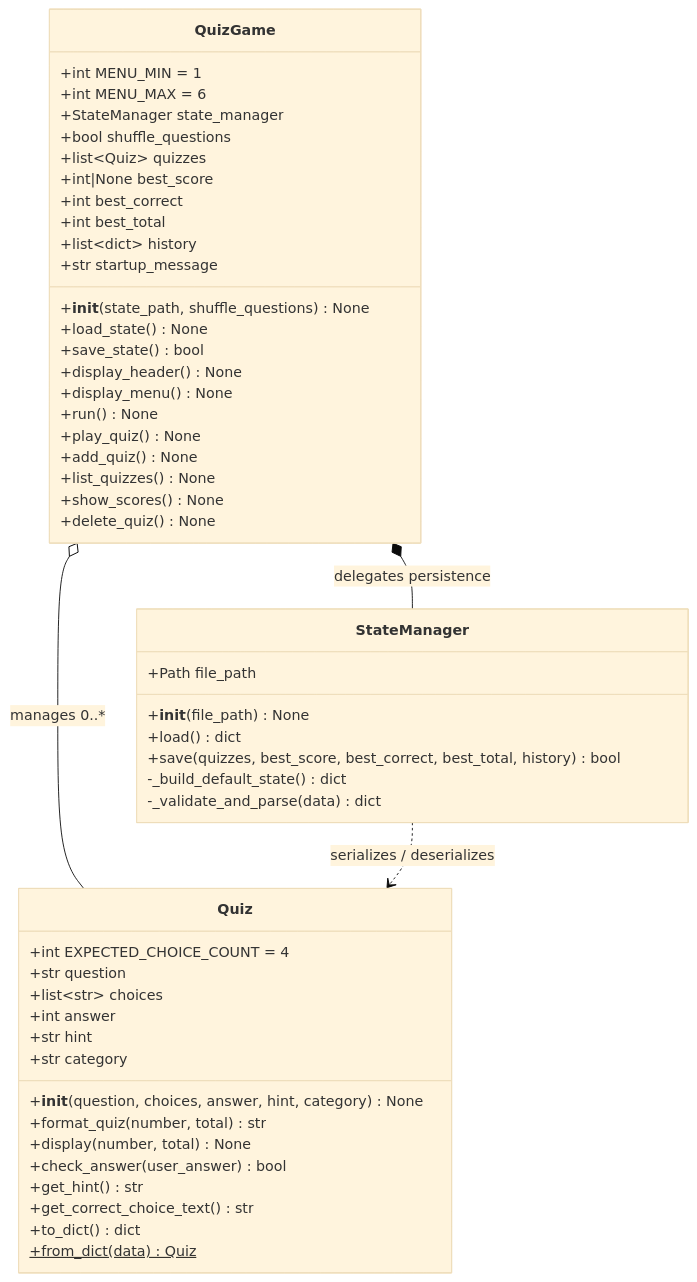
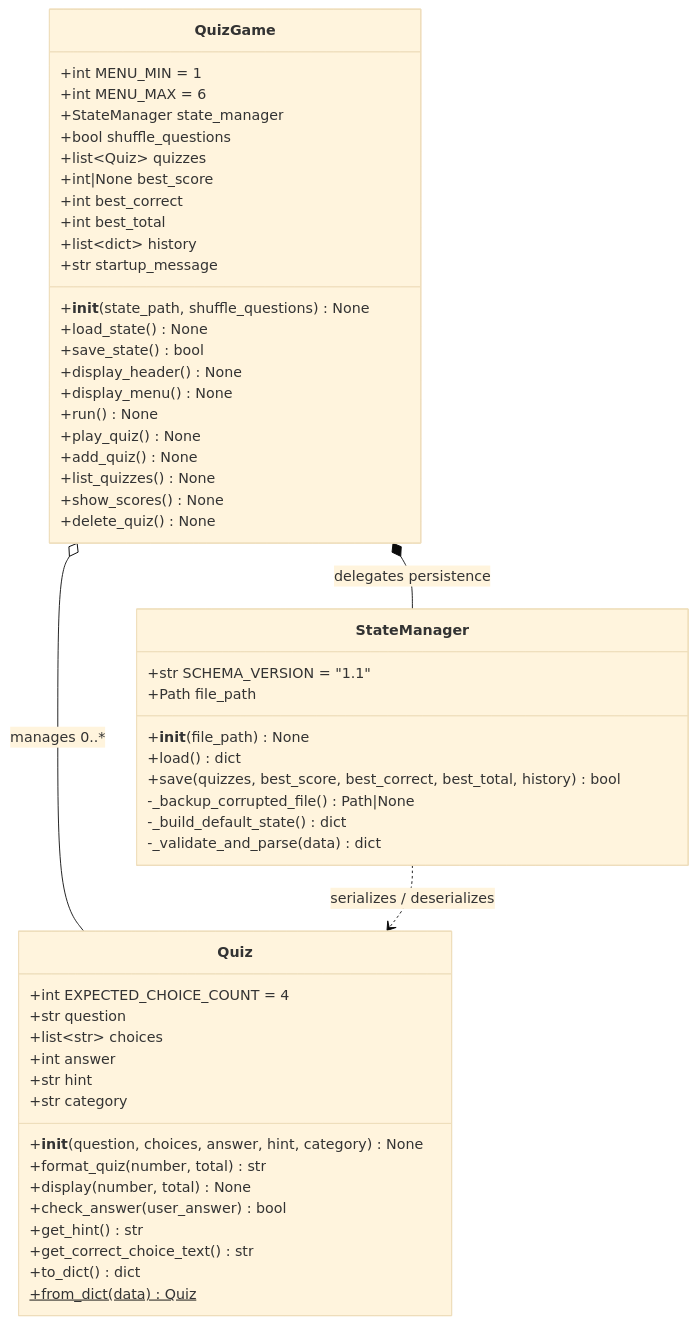
One commit to fox9star/codyssey-mission2 changed the diagram in README.md. Above: the diagram before and after it, drawn with Mermaid (base theme). The commit also changed other lines of this file and 6 other files, not shown here.

````diff
--- a/README.md
+++ b/README.md
@@ -173,56 +180,58 @@
 ```mermaid
 classDiagram
     class Quiz {
         +int EXPECTED_CHOICE_COUNT = 4
         +str question
         +list~str~ choices
         +int answer
         +str hint
         +str category
         +__init__(question, choices, answer, hint, category) None
         +format_quiz(number, total) str
         +display(number, total) None
         +check_answer(user_answer) bool
         +get_hint() str
         +get_correct_choice_text() str
         +to_dict() dict
         +from_dict(data)$ Quiz
     }
 
     class StateManager {
+        +str SCHEMA_VERSION = "1.1"
         +Path file_path
         +__init__(file_path) None
         +load() dict
         +save(quizzes, best_score, best_correct, best_total, history) bool
+        -_backup_corrupted_file() Path|None
         -_build_default_state() dict
         -_validate_and_parse(data) dict
     }
 
     class QuizGame {
         +int MENU_MIN = 1
         +int MENU_MAX = 6
         +StateManager state_manager
         +bool shuffle_questions
         +list~Quiz~ quizzes
         +int|None best_score
         +int best_correct
         +int best_total
         +list~dict~ history
         +str startup_message
         +__init__(state_path, shuffle_questions) None
         +load_state() None
         +save_state() bool
         +display_header() None
         +display_menu() None
         +run() None
         +play_quiz() None
         +add_quiz() None
         +list_quizzes() None
         +show_scores() None
         +delete_quiz() None
     }
 
     QuizGame *-- StateManager : delegates persistence
     QuizGame o-- Quiz : manages 0..*
     StateManager ..> Quiz : serializes / deserializes
 ```
````
